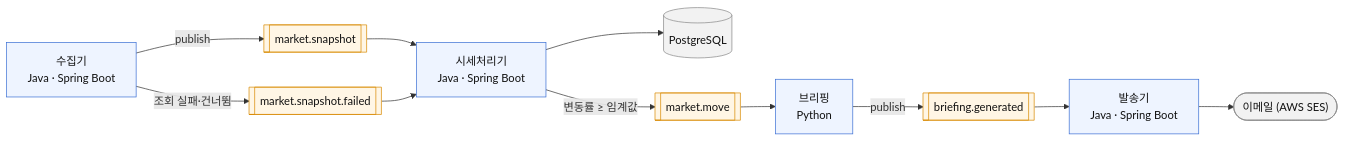
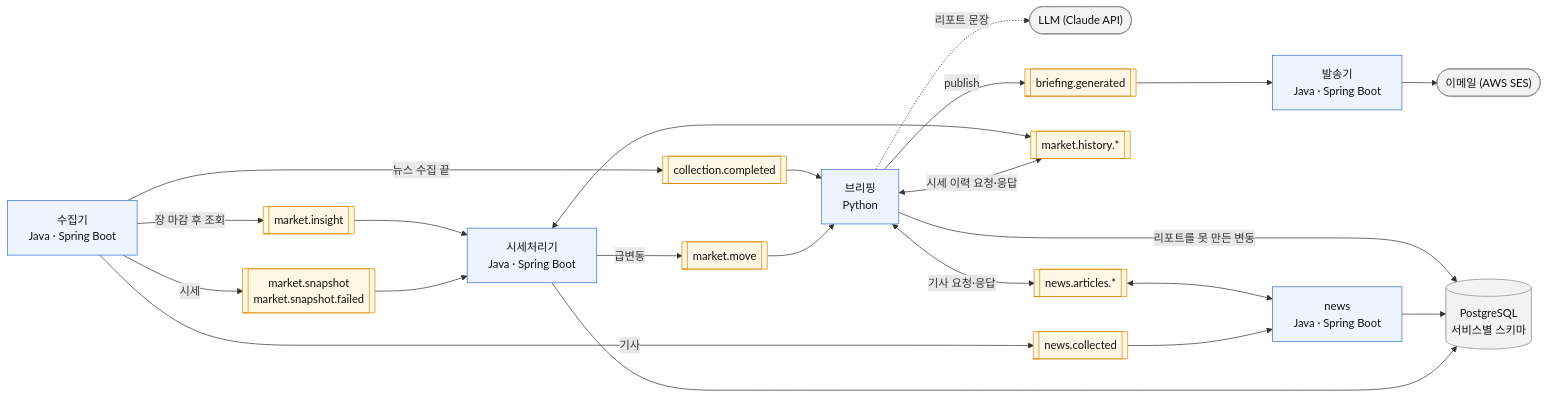
The diagram in README.md (yc0191/stock-reading), drawn with Mermaid before and after one commit. The commit also changed other lines of this file and 6 other files, not shown here.

````diff
--- a/README.md
+++ b/README.md
@@ -15,24 +15,37 @@
 ```mermaid
 flowchart LR
     classDef svc fill:#eef4ff,stroke:#3b6fd4,color:#111
     classDef topic fill:#fff6e5,stroke:#d98a00,color:#111
     classDef ext fill:#f2f2f2,stroke:#888,color:#111
 
     C["수집기<br/>Java · Spring Boot"]:::svc
     M["시세처리기<br/>Java · Spring Boot"]:::svc
+    NW["news<br/>Java · Spring Boot"]:::svc
     B["브리핑<br/>Python"]:::svc
     N["발송기<br/>Java · Spring Boot"]:::svc
-    DB[("PostgreSQL")]:::ext
+    DB[("PostgreSQL<br/>서비스별 스키마")]:::ext
+    LLM(["LLM (Claude API)"]):::ext
     MAIL(["이메일 (AWS SES)"]):::ext
 
-    C -->|publish| S1[["market.snapshot"]]:::topic
-    C -->|"조회 실패·건너뜀"| S0[["market.snapshot.failed"]]:::topic
+    C -->|"시세"| S1[["market.snapshot<br/>market.snapshot.failed"]]:::topic
+    C -->|"장 마감 후 조회"| SI[["market.insight"]]:::topic
+    C -->|"기사"| SN[["news.collected"]]:::topic
+    C -->|"뉴스 수집 끝"| SC[["collection.completed"]]:::topic
     S1 --> M
-    S0 --> M
-    M --> DB
-    M -->|"변동률 ≥ 임계값"| S2[["market.move"]]:::topic
+    SI --> M
+    SN --> NW
+    M -->|"급변동"| S2[["market.move"]]:::topic
     S2 --> B
+    SC --> B
+    B <-->|"시세 이력 요청·응답"| SH[["market.history.*"]]:::topic
+    SH <--> M
+    B <-->|"기사 요청·응답"| SA[["news.articles.*"]]:::topic
+    SA <--> NW
+    B -.->|"리포트 문장"| LLM
     B -->|publish| S3[["briefing.generated"]]:::topic
     S3 --> N
     N --> MAIL
+    M --> DB
+    NW --> DB
+    B -->|"리포트를 못 만든 변동"| DB
 ```
````
